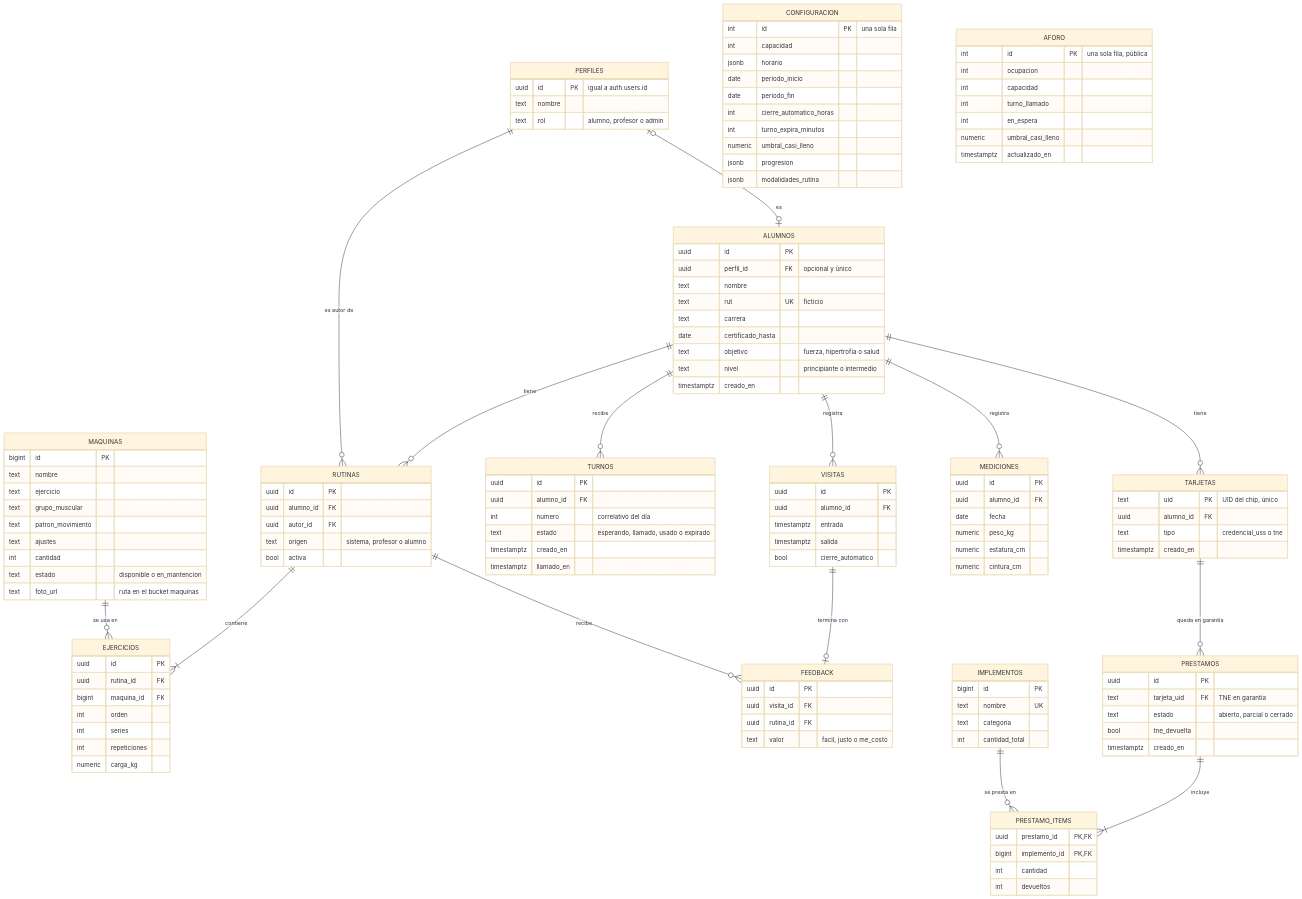
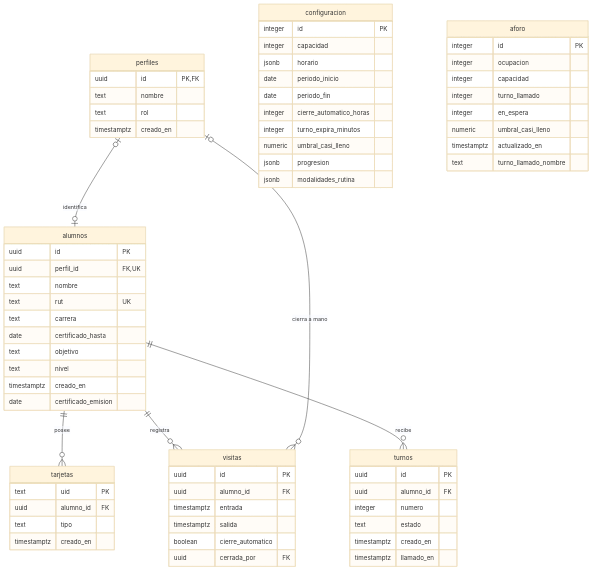
The first of 6 diagrams in docs/diagramas.md (vicente-uss/aforofit), drawn with Mermaid (base theme) before and after one commit. The commit also changed other lines of this file and 1 other file, not shown here.

````diff
--- a/docs/diagramas.md
+++ b/docs/diagramas.md
@@ -76,136 +81,70 @@
 ```mermaid
 erDiagram
-    PERFILES |o--o| ALUMNOS : "es"
-    ALUMNOS ||--o{ TARJETAS : "tiene"
-    ALUMNOS ||--o{ VISITAS : "registra"
-    ALUMNOS ||--o{ TURNOS : "recibe"
-    ALUMNOS ||--o{ RUTINAS : "tiene"
-    ALUMNOS ||--o{ MEDICIONES : "registra"
-    PERFILES ||--o{ RUTINAS : "es autor de"
-    RUTINAS ||--|{ EJERCICIOS : "contiene"
-    MAQUINAS ||--o{ EJERCICIOS : "se usa en"
-    VISITAS ||--o| FEEDBACK : "termina con"
-    RUTINAS ||--o{ FEEDBACK : "recibe"
-    TARJETAS ||--o{ PRESTAMOS : "queda en garantía"
-    PRESTAMOS ||--|{ PRESTAMO_ITEMS : "incluye"
-    IMPLEMENTOS ||--o{ PRESTAMO_ITEMS : "se presta en"
-
-    PERFILES {
-        uuid id PK "igual a auth.users.id"
+    perfiles |o--o| alumnos : identifica
+    alumnos ||--o{ tarjetas : posee
+    alumnos ||--o{ visitas : registra
+    perfiles |o--o{ visitas : "cierra a mano"
+    alumnos ||--o{ turnos : recibe
+    perfiles {
+        uuid id PK, FK
         text nombre
-        text rol "alumno, profesor o admin"
+        text rol
+        timestamptz creado_en
     }
-    ALUMNOS {
+    alumnos {
         uuid id PK
-        uuid perfil_id FK "opcional y único"
+        uuid perfil_id FK, UK
         text nombre
-        text rut UK "ficticio"
+        text rut UK
         text carrera
         date certificado_hasta
-        text objetivo "fuerza, hipertrofia o salud"
-        text nivel "principiante o intermedio"
+        text objetivo
+        text nivel
+        timestamptz creado_en
+        date certificado_emision
+    }
+    tarjetas {
+        text uid PK
+        uuid alumno_id FK
+        text tipo
         timestamptz creado_en
     }
-    TARJETAS {
-        text uid PK "UID del chip, único"
-        uuid alumno_id FK
-        text tipo "credencial_uss o tne"
-        timestamptz creado_en
-    }
-    VISITAS {
+    visitas {
         uuid id PK
         uuid alumno_id FK
         timestamptz entrada
         timestamptz salida
-        bool cierre_automatico
+        boolean cierre_automatico
+        uuid cerrada_por FK
     }
-    TURNOS {
+    turnos {
         uuid id PK
         uuid alumno_id FK
-        int numero "correlativo del día"
-        text estado "esperando, llamado, usado o expirado"
+        integer numero
+        text estado
         timestamptz creado_en
         timestamptz llamado_en
     }
-    RUTINAS {
-        uuid id PK
-        uuid alumno_id FK
-        uuid autor_id FK
-        text origen "sistema, profesor o alumno"
-        bool activa
-    }
-    EJERCICIOS {
-        uuid id PK
-        uuid rutina_id FK
-        bigint maquina_id FK
-        int orden
-        int series
-        int repeticiones
-        numeric carga_kg
-    }
-    MAQUINAS {
-        bigint id PK
-        text nombre
-        text ejercicio
-        text grupo_muscular
-        text patron_movimiento
-        text ajustes
-        int cantidad
-        text estado "disponible o en_mantencion"
-        text foto_url "ruta en el bucket maquinas"
-    }
-    FEEDBACK {
-        uuid id PK
-        uuid visita_id FK
-        uuid rutina_id FK
-        text valor "facil, justo o me_costo"
-    }
-    MEDICIONES {
-        uuid id PK
-        uuid alumno_id FK
-        date fecha
-        numeric peso_kg
-        numeric estatura_cm
-        numeric cintura_cm
-    }
-    PRESTAMOS {
-        uuid id PK
-        text tarjeta_uid FK "TNE en garantía"
-        text estado "abierto, parcial o cerrado"
-        bool tne_devuelta
-        timestamptz creado_en
-    }
-    PRESTAMO_ITEMS {
-        uuid prestamo_id PK, FK
-        bigint implemento_id PK, FK
-        int cantidad
-        int devueltos
-    }
-    IMPLEMENTOS {
-        bigint id PK
-        text nombre UK
-        text categoria
-        int cantidad_total
-    }
-    CONFIGURACION {
-        int id PK "una sola fila"
-        int capacidad
+    configuracion {
+        integer id PK
+        integer capacidad
         jsonb horario
         date periodo_inicio
         date periodo_fin
-        int cierre_automatico_horas
-        int turno_expira_minutos
+        integer cierre_automatico_horas
+        integer turno_expira_minutos
         numeric umbral_casi_lleno
         jsonb progresion
         jsonb modalidades_rutina
     }
-    AFORO {
-        int id PK "una sola fila, pública"
-        int ocupacion
-        int capacidad
-        int turno_llamado
-        int en_espera
+    aforo {
+        integer id PK
+        integer ocupacion
+        integer capacidad
+        integer turno_llamado
+        integer en_espera
         numeric umbral_casi_lleno
         timestamptz actualizado_en
+        text turno_llamado_nombre
     }
 ```
````
